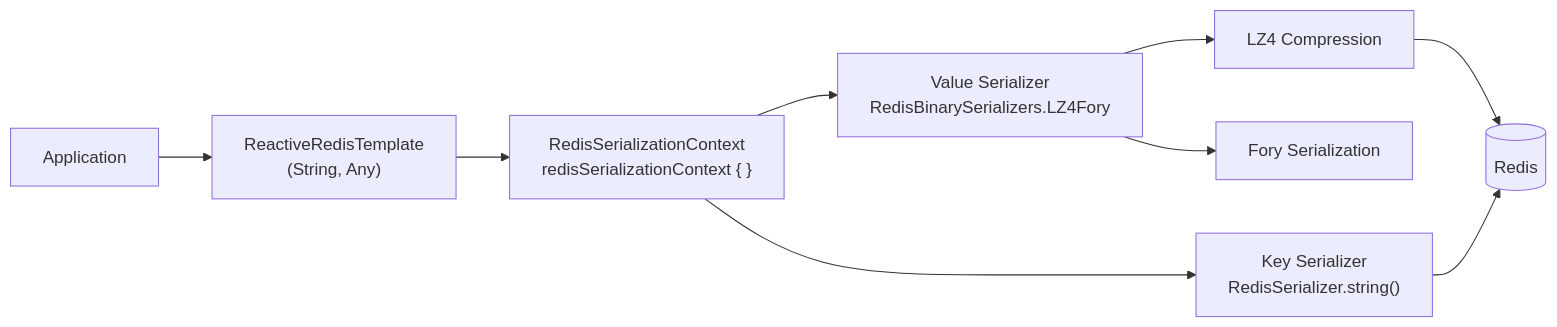
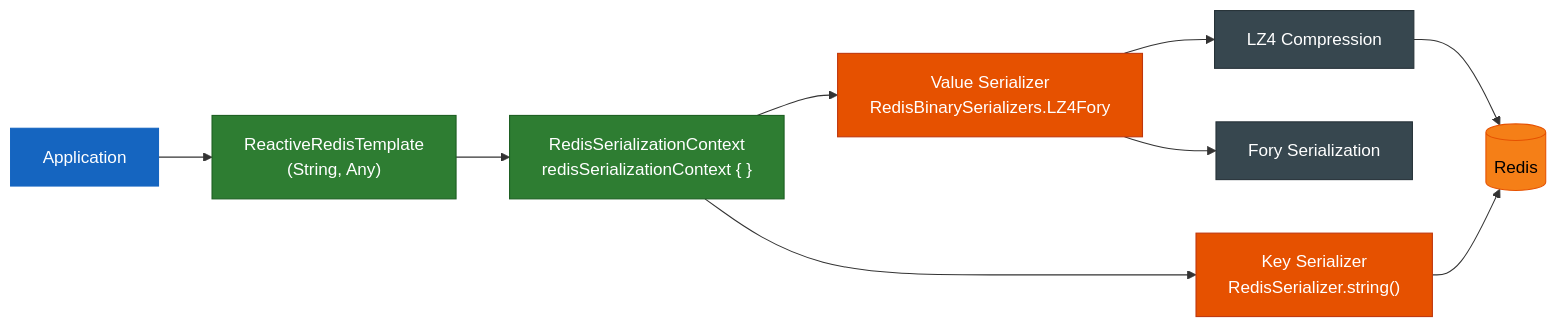
One commit to bluetape4k/bluetape4k-projects changed the second of 2 diagrams in spring-boot3/redis/README.md. Above: the diagram before and after it, drawn with Mermaid. The commit also changed other lines of this file and 221 other files, not shown here.

First line of the commit message:
docs: 전체 모듈 README UML 다이어그램 보강 및 색상 업그레이드

````diff
--- a/spring-boot3/redis/README.md
+++ b/spring-boot3/redis/README.md
@@ -155,11 +160,26 @@
 ```mermaid
 flowchart LR
     App["Application"] --> Template["ReactiveRedisTemplate<br/>(String, Any)"]
     Template --> Context["RedisSerializationContext<br/>redisSerializationContext { }"]
     Context --> KeySer["Key Serializer<br/>RedisSerializer.string()"]
     Context --> ValSer["Value Serializer<br/>RedisBinarySerializers.LZ4Fory"]
     ValSer --> Fory["Fory Serialization"]
     ValSer --> LZ4["LZ4 Compression"]
     LZ4 --> Redis[("Redis")]
     KeySer --> Redis
+
+    classDef serviceStyle fill:#1565C0,stroke:#1565C0,color:#FFFFFF
+    classDef springStyle fill:#2E7D32,stroke:#1B5E20,color:#FFFFFF
+    classDef utilStyle fill:#E65100,stroke:#BF360C,color:#FFFFFF
+    classDef extStyle fill:#37474F,stroke:#263238,color:#FFFFFF
+    classDef dataStyle fill:#F57F17,stroke:#E65100,color:#000000
+
+    class App serviceStyle
+    class Template springStyle
+    class Context springStyle
+    class KeySer utilStyle
+    class ValSer utilStyle
+    class Fory extStyle
+    class LZ4 extStyle
+    class Redis dataStyle
 ```
````
